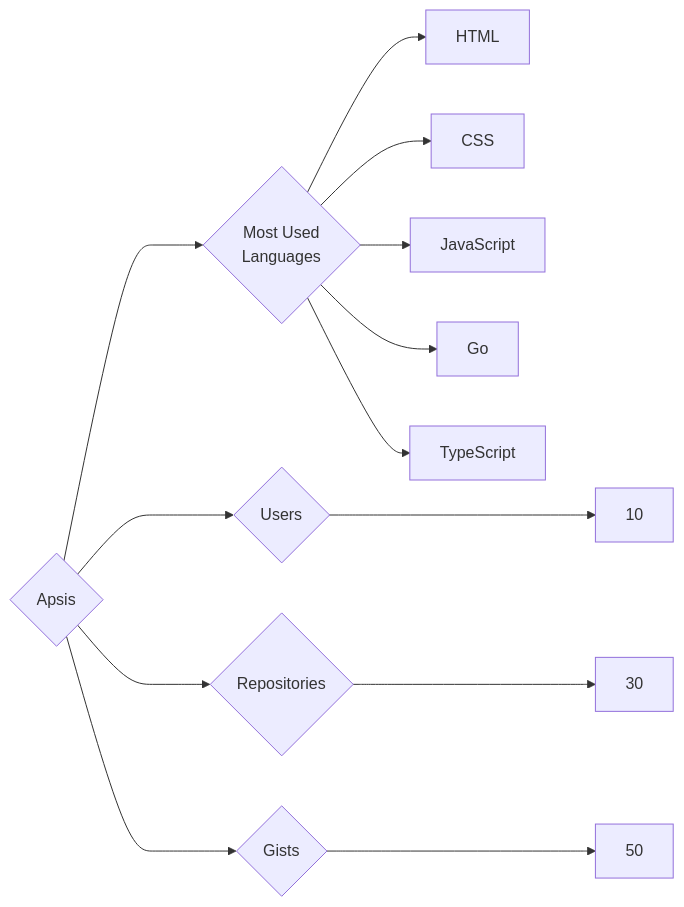
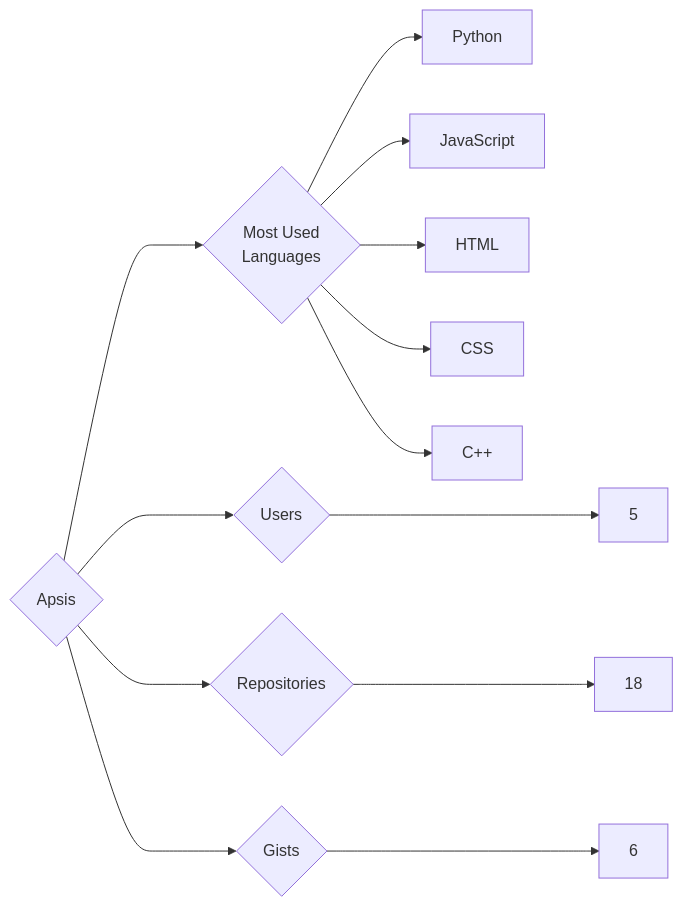
One commit to trickest/insiders changed the diagram in targets/Apsis/README.md. Above: the diagram before and after it, drawn with Mermaid. The commit also changed 569 other files, not shown here.

````diff
--- a/targets/Apsis/README.md
+++ b/targets/Apsis/README.md
@@ -3,13 +3,13 @@
 ```mermaid
 graph LR
 COMPANY_NAME{Apsis}
-COMPANY_NAME ---> U{Users} ---> UN[10]
-COMPANY_NAME ---> R{Repositories} ---> RN[30]
-COMPANY_NAME ---> G{Gists} ---> GN[50]
+COMPANY_NAME ---> U{Users} ---> UN[5]
+COMPANY_NAME ---> R{Repositories} ---> RN[18]
+COMPANY_NAME ---> G{Gists} ---> GN[6]
 COMPANY_NAME ---> ML{Most Used<br>Languages}
+ML --> Python[Python]
+ML --> JavaScript[JavaScript]
 ML --> HTML[HTML]
 ML --> CSS[CSS]
-ML --> JavaScript[JavaScript]
-ML --> Go[Go]
-ML --> TypeScript[TypeScript]
+ML --> C++[C++]
 ```
````
